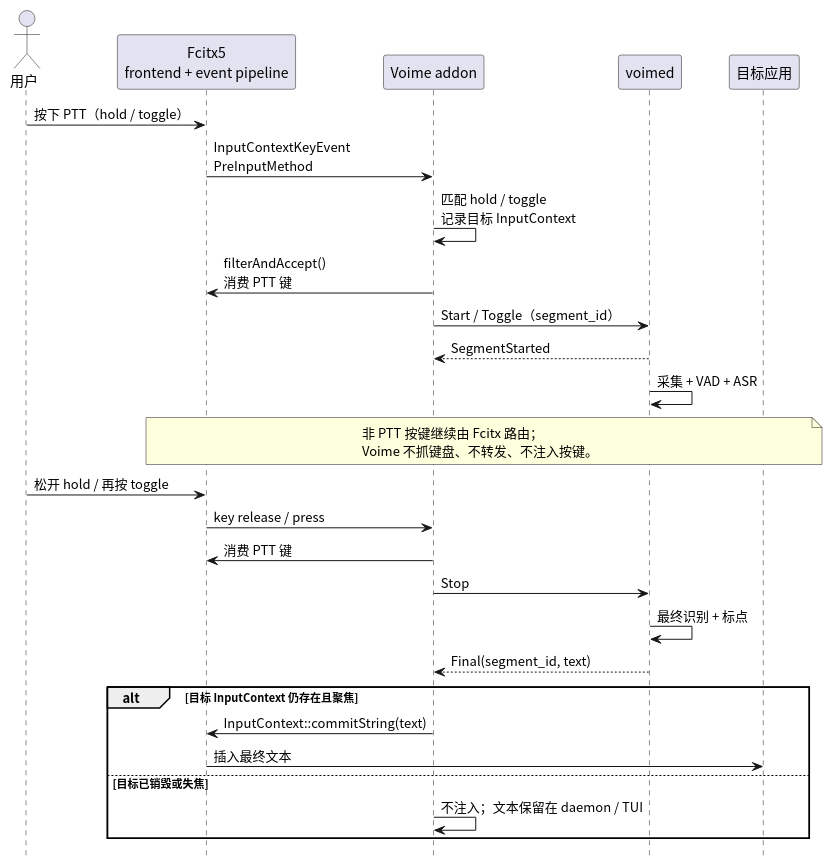
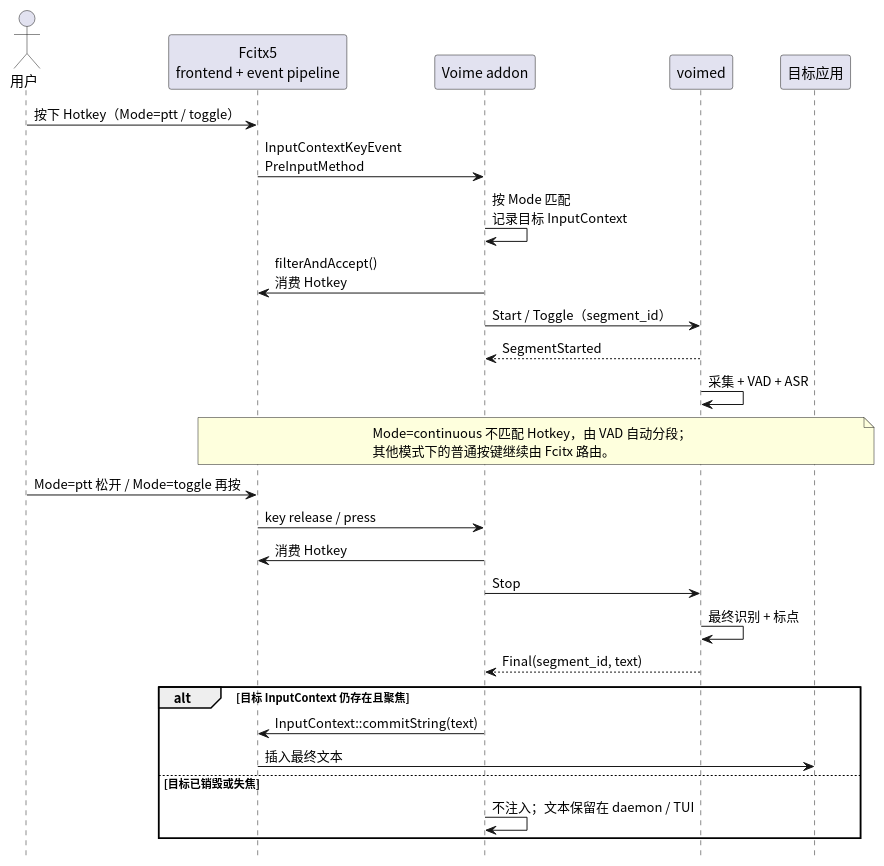
The diagram in diagram/proposal-fcitx-hotkey.puml (54m43lJ/voime), drawn with PlantUML before and after one commit. The commit also changed 6 other files, not shown here.

```diff
--- a/diagram/proposal-fcitx-hotkey.puml
+++ b/diagram/proposal-fcitx-hotkey.puml
@@ -1,38 +1,38 @@
 @startuml
 skinparam defaultFontName "Noto Sans CJK SC"
 skinparam shadowing false
 hide footbox
 
 actor "用户" as User
 participant "Fcitx5\nfrontend + event pipeline" as Fcitx
 participant "Voime addon" as Addon
 participant "voimed" as Daemon
 participant "目标应用" as App
 
-User -> Fcitx : 按下 PTT（hold / toggle）
+User -> Fcitx : 按下 Hotkey（Mode=ptt / toggle）
 Fcitx -> Addon : InputContextKeyEvent\nPreInputMethod
-Addon -> Addon : 匹配 hold / toggle\n记录目标 InputContext
-Addon -> Fcitx : filterAndAccept()\n消费 PTT 键
+Addon -> Addon : 按 Mode 匹配\n记录目标 InputContext
+Addon -> Fcitx : filterAndAccept()\n消费 Hotkey
 Addon -> Daemon : Start / Toggle（segment_id）
 Daemon --> Addon : SegmentStarted
 Daemon -> Daemon : 采集 + VAD + ASR
 
 note over Fcitx, App
-  非 PTT 按键继续由 Fcitx 路由；
-  Voime 不抓键盘、不转发、不注入按键。
+  Mode=continuous 不匹配 Hotkey，由 VAD 自动分段；
+  其他模式下的普通按键继续由 Fcitx 路由。
 end note
 
-User -> Fcitx : 松开 hold / 再按 toggle
+User -> Fcitx : Mode=ptt 松开 / Mode=toggle 再按
 Fcitx -> Addon : key release / press
-Addon -> Fcitx : 消费 PTT 键
+Addon -> Fcitx : 消费 Hotkey
 Addon -> Daemon : Stop
 Daemon -> Daemon : 最终识别 + 标点
 Daemon --> Addon : Final(segment_id, text)
 
 alt 目标 InputContext 仍存在且聚焦
   Addon -> Fcitx : InputContext::commitString(text)
   Fcitx -> App : 插入最终文本
 else 目标已销毁或失焦
   Addon -> Addon : 不注入；文本保留在 daemon / TUI
 end
 @enduml
```
